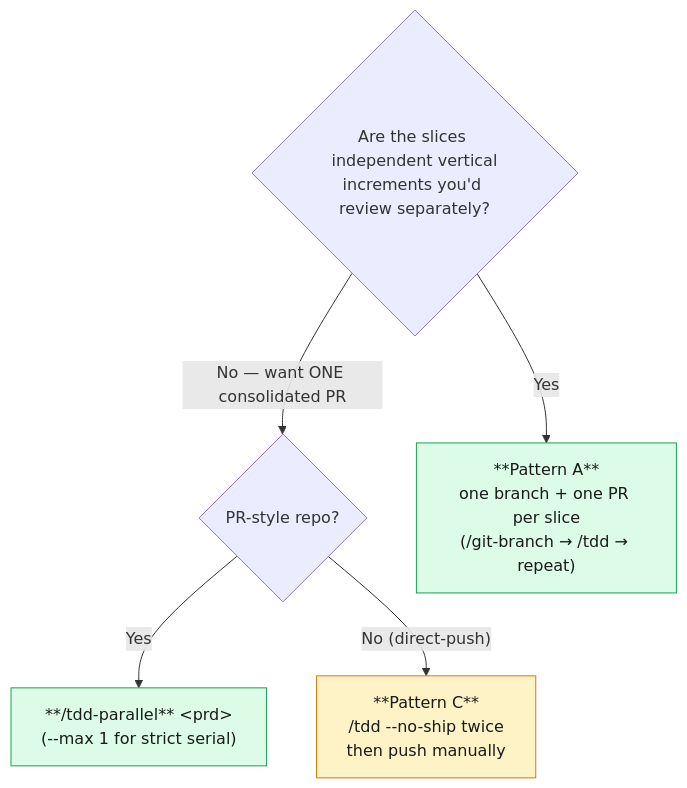
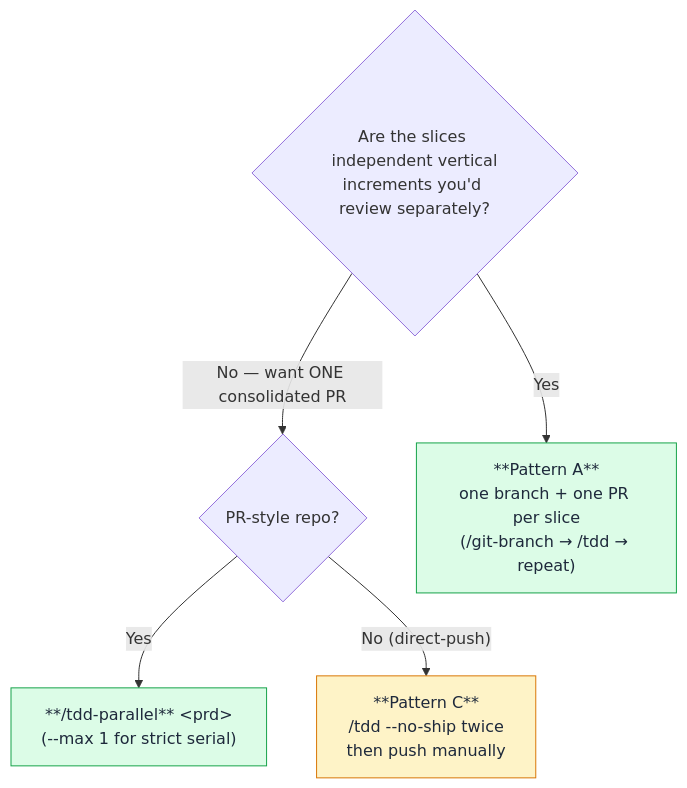
Before and after one commit to ZunoSmartLabs/zsl-superpowers: the seventh of 7 diagrams in docs/concepts/branching.md, drawn with Mermaid. The commit also changed other lines of this file and 8 other files, not shown here.

First line of the commit message:
docs(remote-agents): add scheduling rationale + fix dark-mode diagram text

````diff
--- a/docs/concepts/branching.md
+++ b/docs/concepts/branching.md
@@ -253,15 +253,15 @@
 ```mermaid
 flowchart TB
     q1{"Are the slices independent vertical<br/>increments you'd review separately?"}
     q2{"PR-style repo?"}
     pa["**Pattern A**<br/>one branch + one PR per slice<br/>(/git-branch → /tdd → repeat)"]:::good
     tp["**/tdd-parallel** &lt;prd&gt;<br/>(--max 1 for strict serial)"]:::good
     pc["**Pattern C**<br/>/tdd --no-ship twice<br/>then push manually"]:::ok
     q1 -->|Yes| pa
     q1 -->|"No — want ONE consolidated PR"| q2
     q2 -->|Yes| tp
     q2 -->|"No (direct-push)"| pc
 
-    classDef good fill:#dcfce7,stroke:#16a34a,color:#1a1a1a;
-    classDef ok fill:#fef3c7,stroke:#d97706,color:#1a1a1a;
+    classDef good fill:#dcfce7,stroke:#16a34a,color:#1e293b;
+    classDef ok fill:#fef3c7,stroke:#d97706,color:#1e293b;
 ```
````
